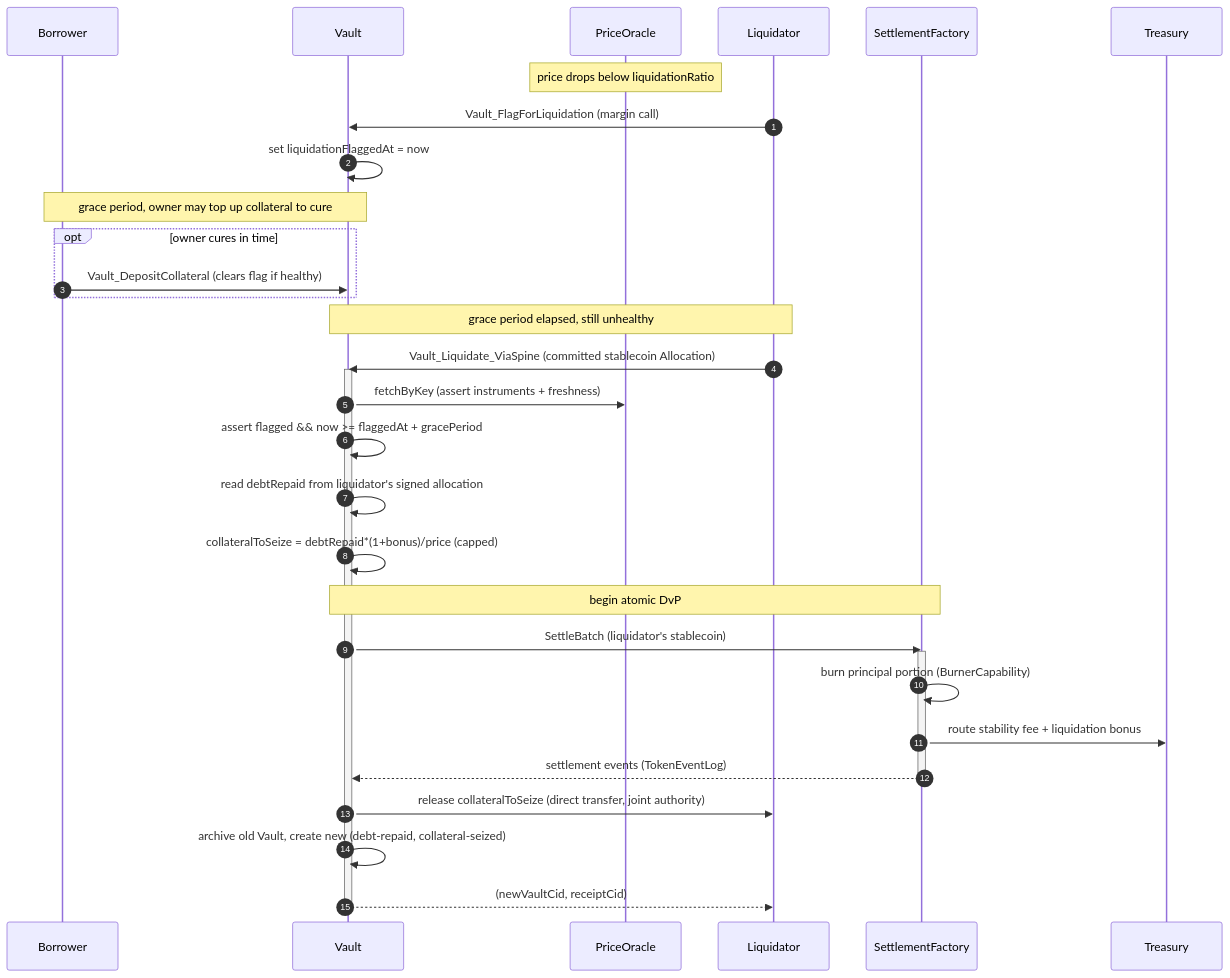
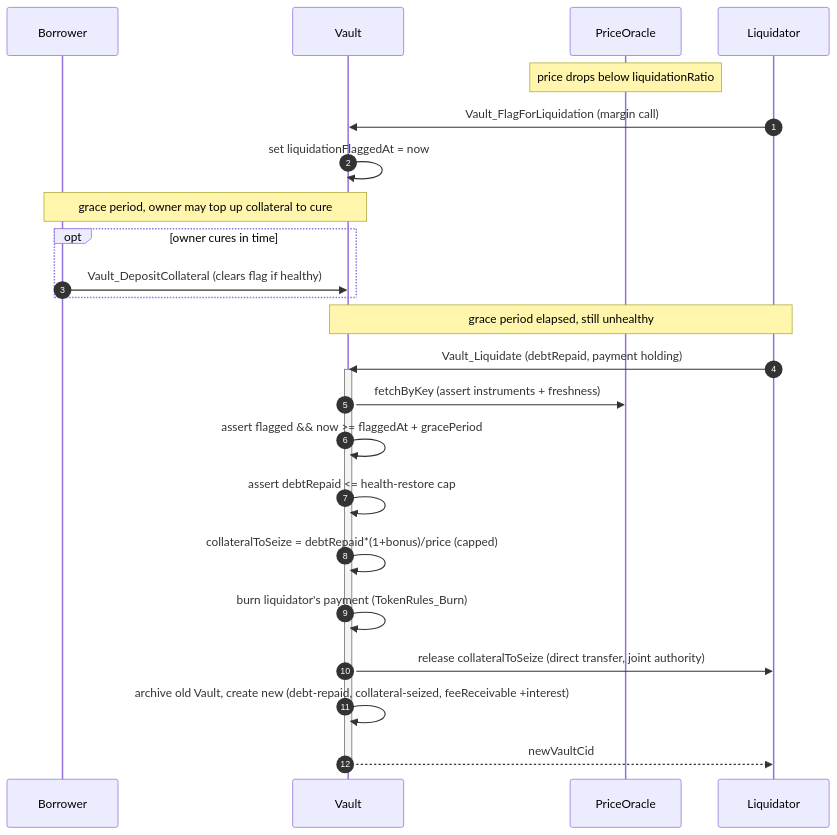
The seventh of 7 diagrams in docs/reference-architectures/lending.md (OpenZeppelin/canton-specs), drawn with Mermaid before and after one commit. The commit also changed other lines of this file, not shown here.

````diff
--- a/docs/reference-architectures/lending.md
+++ b/docs/reference-architectures/lending.md
@@ -260,36 +374,28 @@
 ```mermaid
 sequenceDiagram
     autonumber
     participant B as Borrower
     participant V as Vault
     participant O as PriceOracle
     participant L as Liquidator
-    participant SF as SettlementFactory
-    participant T as Treasury
 
     note over O: price drops below liquidationRatio
     L->>V: Vault_FlagForLiquidation (margin call)
     V->>V: set liquidationFlaggedAt = now
     note over B,V: grace period, owner may top up collateral to cure
     opt owner cures in time
         B->>V: Vault_DepositCollateral (clears flag if healthy)
     end
     note over L,V: grace period elapsed, still unhealthy
-    L->>V: Vault_Liquidate_ViaSpine (committed stablecoin Allocation)
+    L->>V: Vault_Liquidate (debtRepaid, payment holding)
     activate V
     V->>O: fetchByKey (assert instruments + freshness)
     V->>V: assert flagged && now >= flaggedAt + gracePeriod
-    V->>V: read debtRepaid from liquidator's signed allocation
+    V->>V: assert debtRepaid <= health-restore cap
     V->>V: collateralToSeize = debtRepaid*(1+bonus)/price (capped)
-    note over V,SF: begin atomic DvP
-    V->>SF: SettleBatch (liquidator's stablecoin)
-    activate SF
-    SF->>SF: burn principal portion (BurnerCapability)
-    SF->>T: route stability fee + liquidation bonus
-    SF-->>V: settlement events (TokenEventLog)
-    deactivate SF
+    V->>V: burn liquidator's payment (TokenRules_Burn)
     V->>L: release collateralToSeize (direct transfer, joint authority)
-    V->>V: archive old Vault, create new (debt-repaid, collateral-seized)
-    V-->>L: (newVaultCid, receiptCid)
+    V->>V: archive old Vault, create new (debt-repaid, collateral-seized, feeReceivable +interest)
+    V-->>L: newVaultCid
     deactivate V
 ```
````
